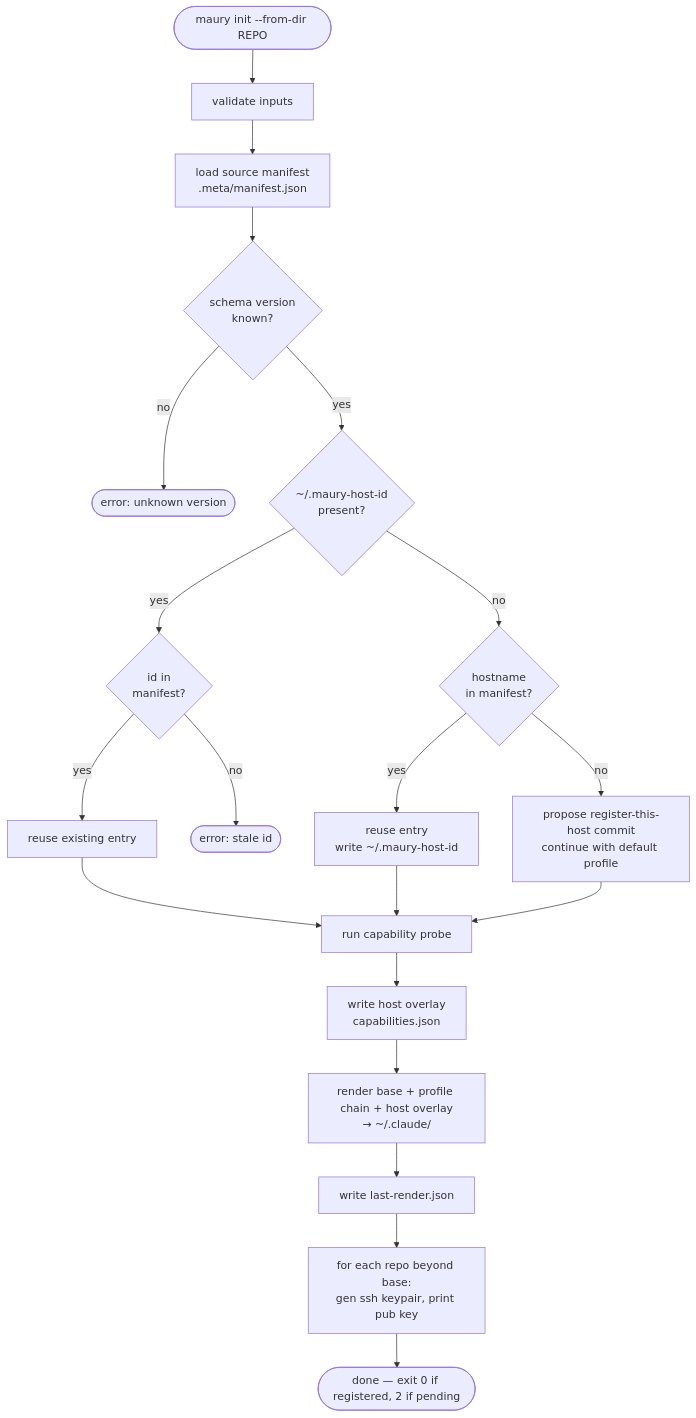
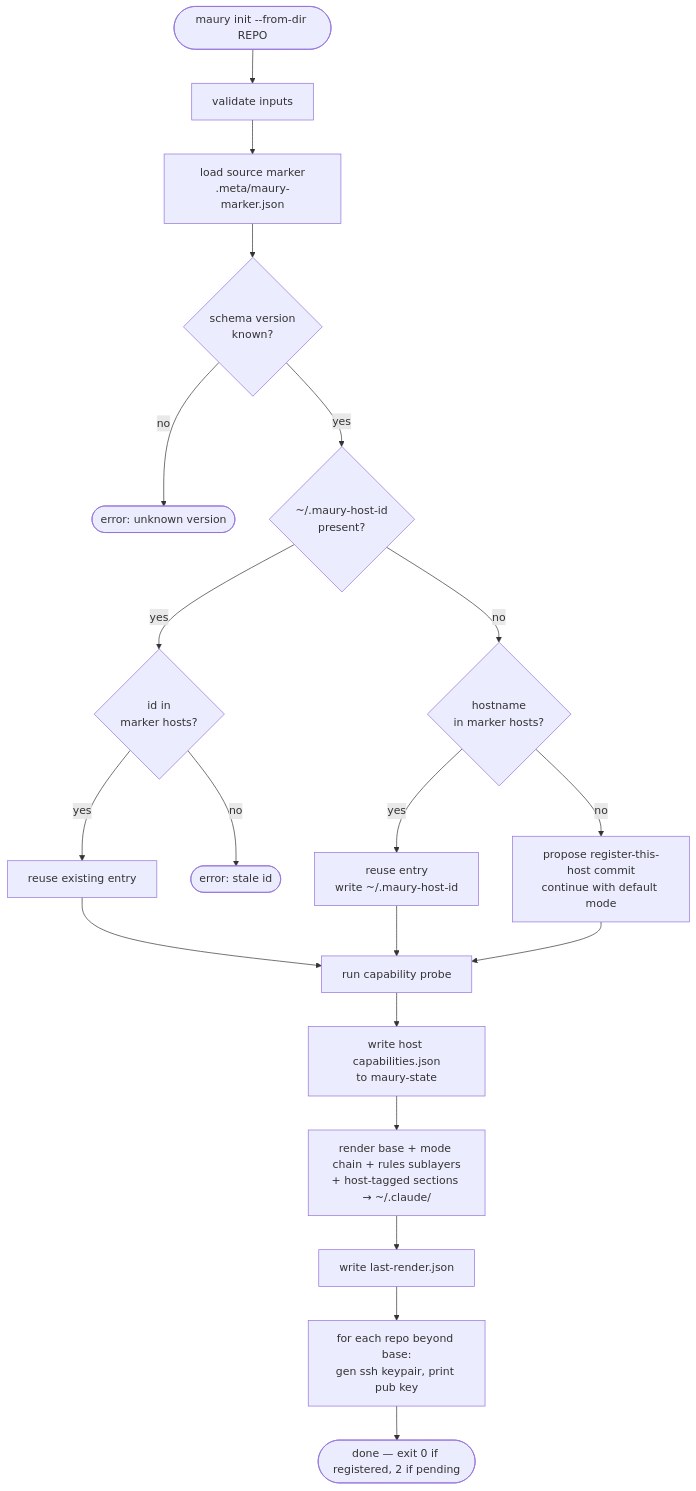
The first of 8 diagrams in docs/operations.md (csmarshall/maury), drawn with Mermaid before and after one commit. The commit also changed other lines of this file and 21 other files, not shown here.

````diff
--- a/docs/operations.md
+++ b/docs/operations.md
@@ -32,22 +32,22 @@
 ```mermaid
 flowchart TD
     Start([maury init --from-dir REPO]) --> Validate[validate inputs]
-    Validate --> Load[load source manifest<br/>.meta/manifest.json]
+    Validate --> Load[load source marker<br/>.meta/maury-marker.json]
     Load --> Schema{schema version<br/>known?}
     Schema -->|no| FailSchema([error: unknown version])
     Schema -->|yes| HostID{~/.maury-host-id<br/>present?}
-    HostID -->|yes| InMan{id in<br/>manifest?}
+    HostID -->|yes| InMan{id in<br/>marker hosts?}
     InMan -->|yes| Identify[reuse existing entry]
     InMan -->|no| FailStale([error: stale id])
-    HostID -->|no| Hostname{hostname<br/>in manifest?}
+    HostID -->|no| Hostname{hostname<br/>in marker hosts?}
     Hostname -->|yes| ReuseByName[reuse entry<br/>write ~/.maury-host-id]
-    Hostname -->|no| Propose[propose register-this-host commit<br/>continue with default profile]
+    Hostname -->|no| Propose[propose register-this-host commit<br/>continue with default mode]
     Identify --> Probe
     ReuseByName --> Probe
     Propose --> Probe
-    Probe[run capability probe] --> WriteCaps[write host overlay<br/>capabilities.json]
-    WriteCaps --> Render[render base + profile chain + host overlay<br/>→ ~/.claude/]
+    Probe[run capability probe] --> WriteCaps[write host capabilities.json<br/>to maury-state]
+    WriteCaps --> Render[render base + mode chain + rules sublayers<br/>+ host-tagged sections → ~/.claude/]
     Render --> WriteState[write last-render.json]
     WriteState --> SSH[for each repo beyond base:<br/>gen ssh keypair, print pub key]
     SSH --> Done([done — exit 0 if registered, 2 if pending])
 ```
````
